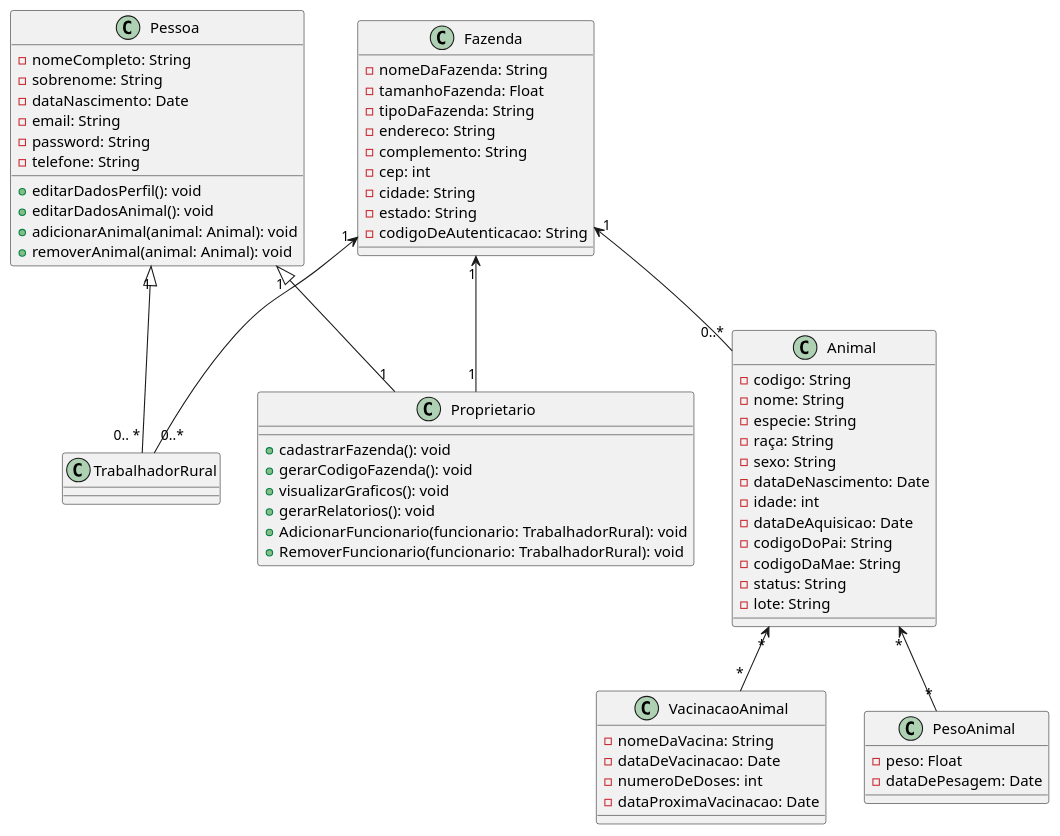
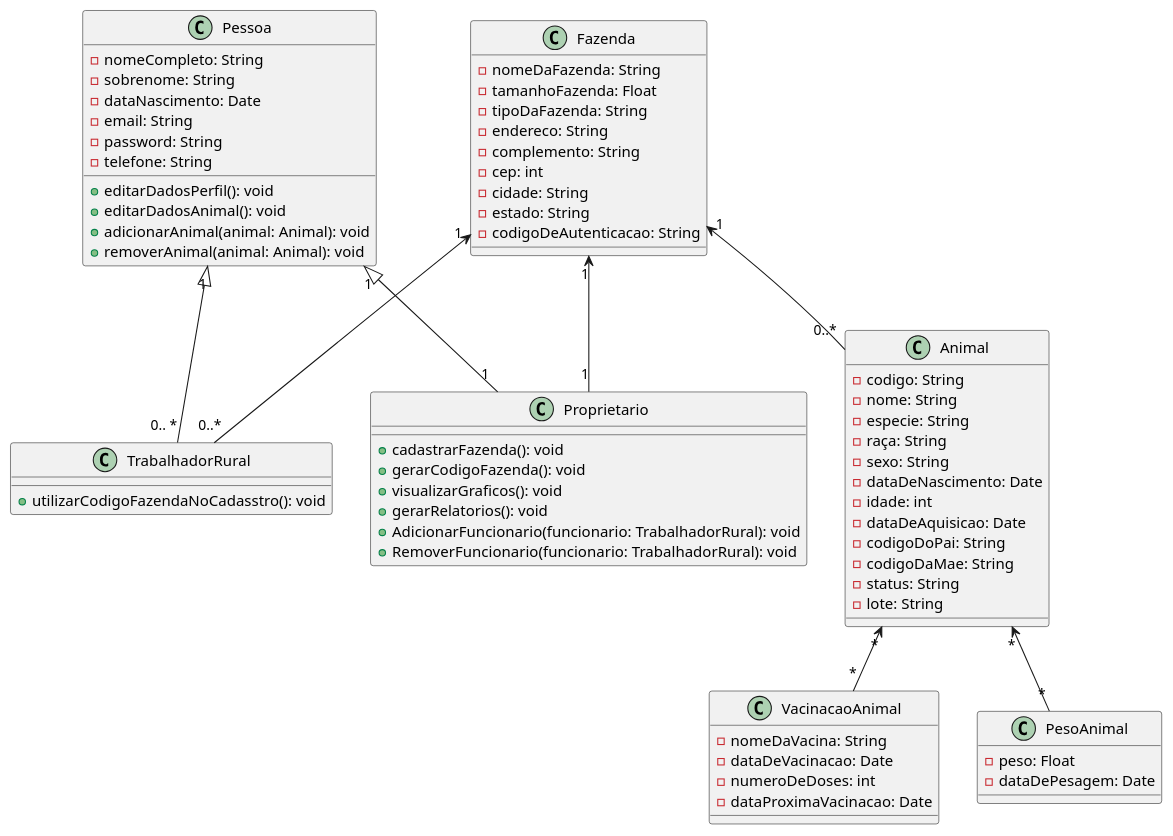
Before and after one commit to pedroaugusto99/ms_20242_g6: the diagram in DiagramasUML/Classes.puml, drawn with PlantUML.

```diff
--- a/DiagramasUML/Classes.puml
+++ b/DiagramasUML/Classes.puml
@@ -1,77 +1,77 @@
 @startuml
 class Pessoa {
     -nomeCompleto: String
     -sobrenome: String
     -dataNascimento: Date
     -email: String
     -password: String
     -telefone: String
     
     +editarDadosPerfil(): void
     +editarDadosAnimal(): void
     +adicionarAnimal(animal: Animal): void
     +removerAnimal(animal: Animal): void
 }
 
 class Proprietario {
     +cadastrarFazenda(): void
     +gerarCodigoFazenda(): void
     +visualizarGraficos(): void
     +gerarRelatorios(): void
     +AdicionarFuncionario(funcionario: TrabalhadorRural): void
     +RemoverFuncionario(funcionario: TrabalhadorRural): void
 }
 
 class TrabalhadorRural {
-
+    +utilizarCodigoFazendaNoCadasstro(): void
 }
 
 class Fazenda {
     -nomeDaFazenda: String
     -tamanhoFazenda: Float
     -tipoDaFazenda: String
     -endereco: String
     -complemento: String
     -cep: int
     -cidade: String
     -estado: String
     -codigoDeAutenticacao: String
 }
 
 class VacinacaoAnimal {
     -nomeDaVacina: String
     -dataDeVacinacao: Date
     -numeroDeDoses: int
     -dataProximaVacinacao: Date
 }
 
 class PesoAnimal {
     -peso: Float
     -dataDePesagem: Date
 }
 
 
 class Animal {
     -codigo: String
     -nome: String
     -especie: String
     -raça: String
     -sexo: String
     -dataDeNascimento: Date
     -idade: int
     -dataDeAquisicao: Date
     -codigoDoPai: String
     -codigoDaMae: String
     -status: String
     -lote: String
 }
 
 Fazenda "1" <-- "1" Proprietario
 Fazenda "1" <-- "0..*" TrabalhadorRural
 Fazenda "1" <-- "0..*" Animal
 Animal "*" <-- "*" VacinacaoAnimal
 Animal "*" <-- "*" PesoAnimal
 Pessoa "1" <|-- "1" Proprietario
 Pessoa "1" <|-- "0.. *" TrabalhadorRural
 
 @enduml
```
